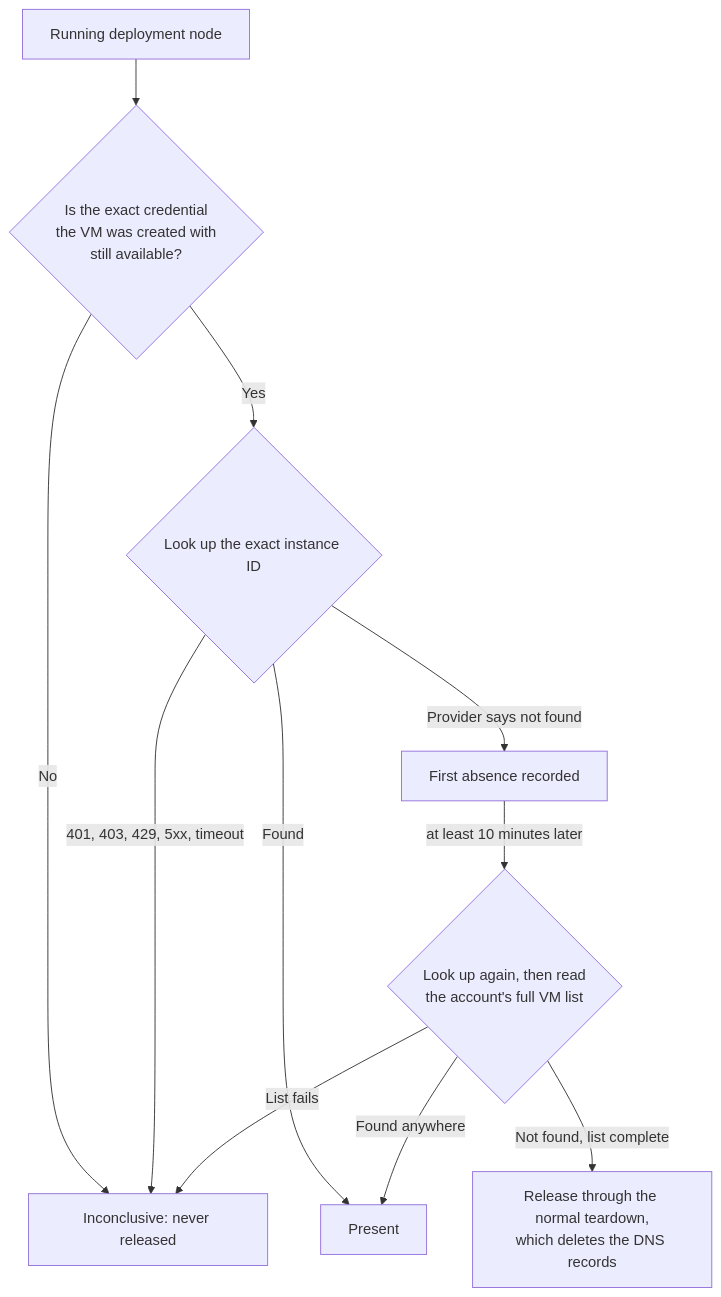
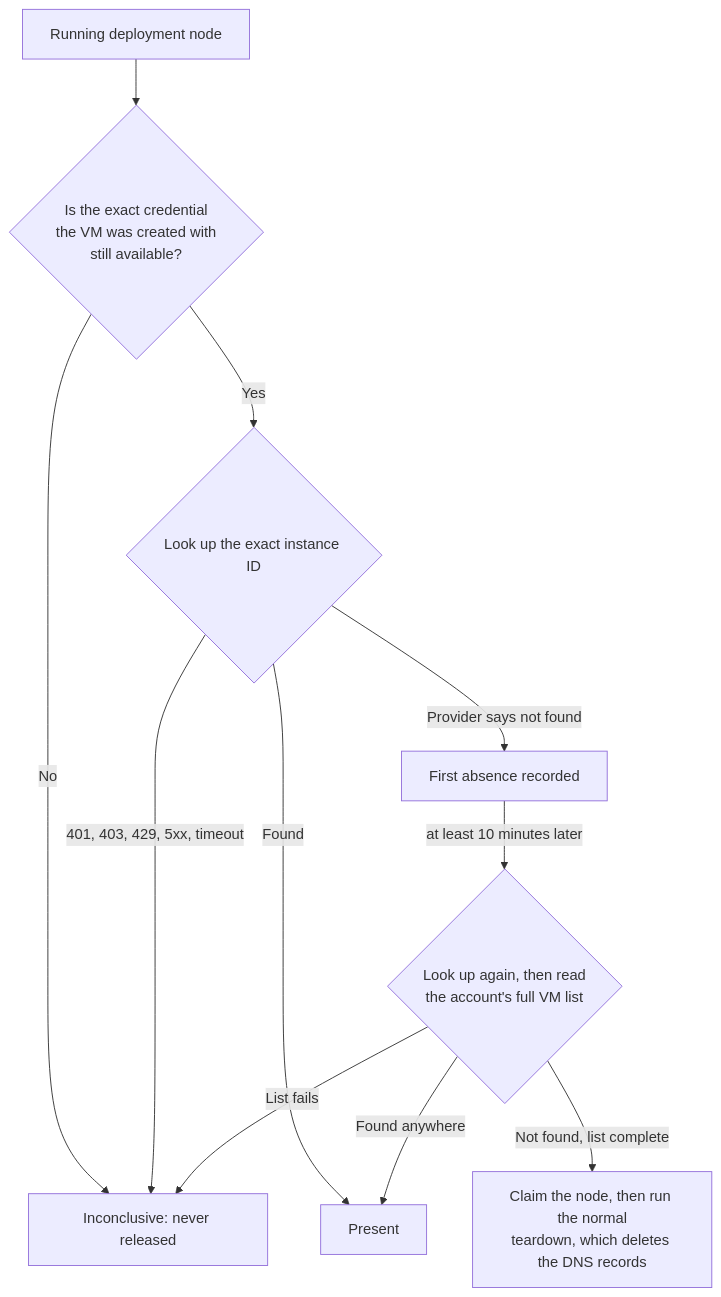
One commit to raphaeltm/simple-agent-manager changed the diagram in apps/www/src/content/blog/sams-journal-when-a-deleted-vm-kept-its-dns-name.md. Above: the diagram before and after it, drawn with Mermaid. The commit also changed other lines of this file, not shown here.

````diff
--- a/apps/www/src/content/blog/sams-journal-when-a-deleted-vm-kept-its-dns-name.md
+++ b/apps/www/src/content/blog/sams-journal-when-a-deleted-vm-kept-its-dns-name.md
@@ -77,13 +77,13 @@
 ```mermaid
 flowchart TD
     A[Running deployment node] --> B{Is the exact credential<br/>the VM was created with<br/>still available?}
     B -->|No| I[Inconclusive: never released]
     B -->|Yes| C{Look up the exact instance ID}
     C -->|Found| P[Present]
     C -->|401, 403, 429, 5xx, timeout| I
     C -->|Provider says not found| D[First absence recorded]
     D -->|at least 10 minutes later| E{Look up again, then read<br/>the account's full VM list}
     E -->|Found anywhere| P
     E -->|List fails| I
-    E -->|Not found, list complete| R[Release through the normal teardown,<br/>which deletes the DNS records]
+    E -->|Not found, list complete| R[Claim the node, then run the normal<br/>teardown, which deletes the DNS records]
 ```
````
